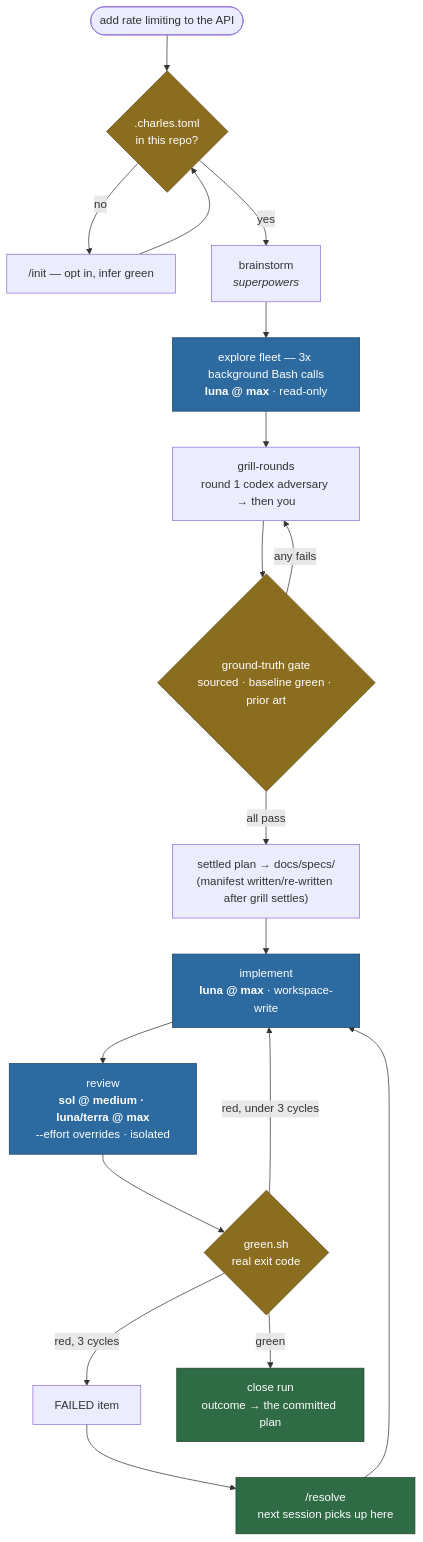
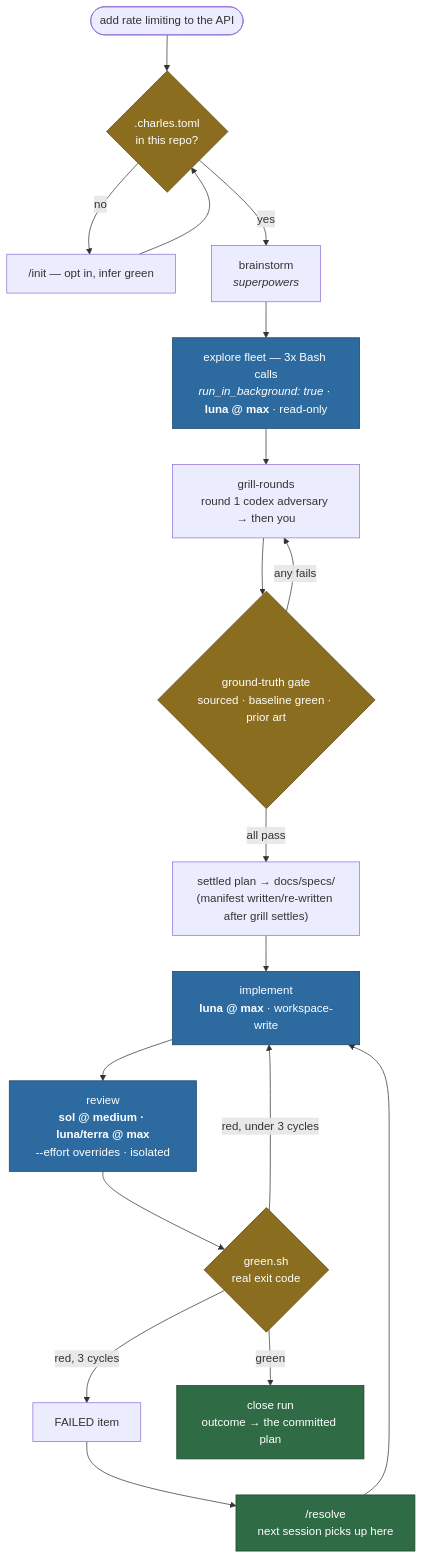
The first of 2 diagrams in README.md (charlesdr13/charlesdr-dev-loop), drawn with Mermaid before and after one commit. The commit also changed other lines of this file and 7 other files, not shown here.

First line of the commit message:
Flow selector, one background-dispatch shape, UI lifecycle fixes (S1)

````diff
--- a/README.md
+++ b/README.md
@@ -21,31 +21,31 @@
 ```mermaid
 flowchart TD
     REQ(["add rate limiting to the API"]) --> GATE{".charles.toml<br/>in this repo?"}
     GATE -->|no| INIT["/init — opt in, infer green"]
     INIT --> GATE
     GATE -->|yes| BRAIN["brainstorm<br/><i>superpowers</i>"]
 
-    BRAIN --> EXP["explore fleet — 3x background Bash calls<br/><b>luna @ max</b> · read-only"]
+    BRAIN --> EXP["explore fleet — 3x Bash calls<br/><i>run_in_background: true</i> · <b>luna @ max</b> · read-only"]
     EXP --> GRILL["grill-rounds<br/>round 1 codex adversary → then you"]
     GRILL --> TRUTH{"ground-truth gate<br/>sourced · baseline green · prior art"}
     TRUTH -->|any fails| GRILL
     TRUTH -->|all pass| PLAN["settled plan → docs/specs/<br/>(manifest written/re-written after grill settles)"]
 
     PLAN --> IMPL["implement<br/><b>luna @ max</b> · workspace-write"]
     IMPL --> REV["review<br/><b>sol @ medium · luna/terra @ max</b><br/>--effort overrides · isolated"]
     REV --> GREEN{"green.sh<br/>real exit code"}
 
     GREEN -->|"red, under 3 cycles"| IMPL
     GREEN -->|"red, 3 cycles"| FAILED["FAILED item"]
     GREEN -->|green| CLOSE["close run<br/>outcome → the committed plan"]
 
     FAILED --> RESOLVE["/resolve<br/>next session picks up here"]
     RESOLVE --> IMPL
 
     classDef lane fill:#2d6a9f,stroke:#1b4368,color:#fff
     classDef gate fill:#8a6d1f,stroke:#5c4813,color:#fff
     classDef term fill:#2f6b45,stroke:#1c4029,color:#fff
     class EXP,IMPL,REV lane
     class GATE,TRUTH,GREEN gate
     class CLOSE,RESOLVE term
 ```
````
